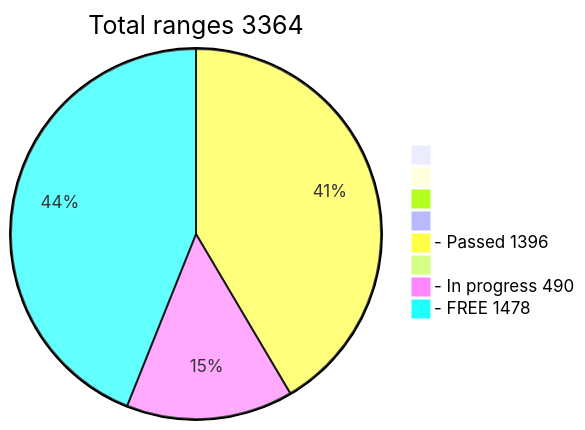
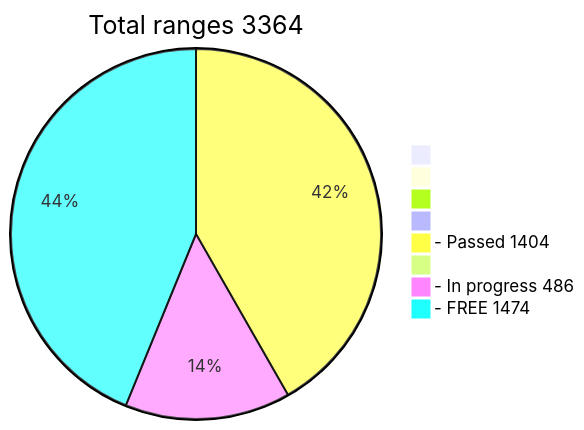
The diagram in README.md (phrutis/wif500), drawn with Mermaid before and after one commit.

````diff
--- a/README.md
+++ b/README.md
@@ -16,12 +16,12 @@
 ```mermaid
 pie title Total ranges 3364
              " " : 0
             "  " : 0
            "   " : 0
           "    " : 0
-  "- Passed 1396" : 1396
+  "- Passed 1404" : 1404
          "     " : 0
-  "- In progress 490" : 490
-   "- FREE 1478" : 1478
+  "- In progress 486" : 486
+   "- FREE 1474" : 1474
    
 ```
````
